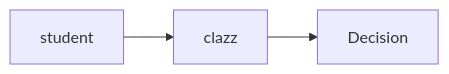
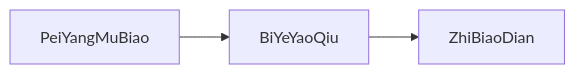
One commit to AkagiYui/EEASBackend changed the fourth of 5 diagrams in wiki/index.md. Above: the diagram before and after it, drawn with Mermaid. The commit also changed other lines of this file and 23 other files, not shown here.

````diff
--- a/wiki/index.md
+++ b/wiki/index.md
@@ -112,6 +187,6 @@
 ```mermaid
 flowchart LR
-A[student]; B[clazz]; C[Decision];
+A[PeiYangMuBiao]; B[BiYeYaoQiu]; C[ZhiBiaoDian];
 A-->B
 B-->C
 ```
````
